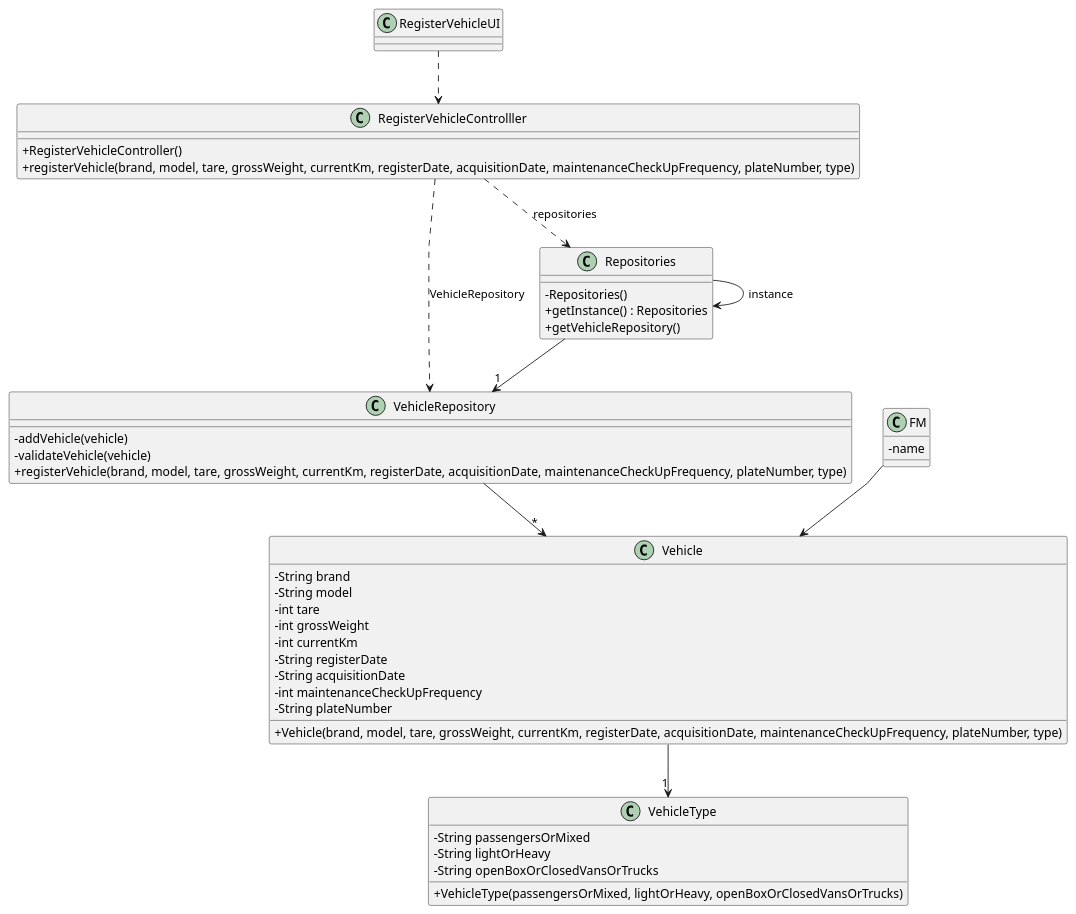
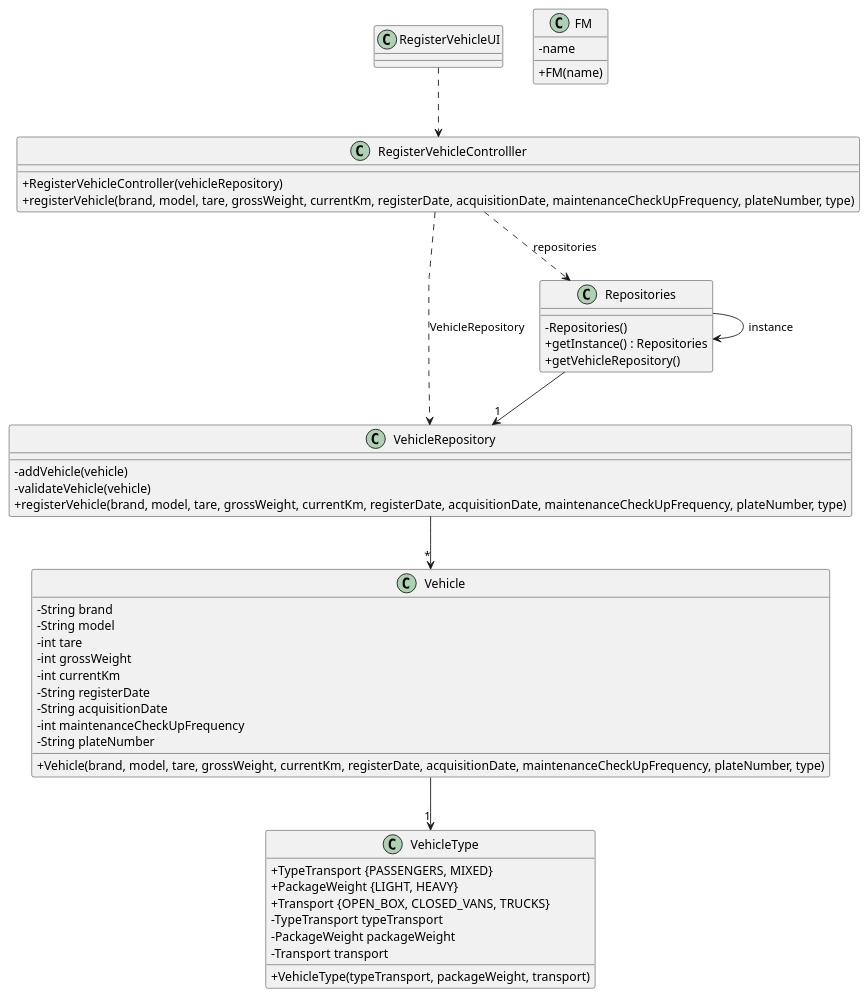
The diagram in docs/sprintA&B/us006/03.design/puml/us006-class-diagram.puml (daniel41silva05/ISEP_2023_2024_LAPR2), drawn with PlantUML before and after one commit. The commit also changed 2 other files, not shown here.

Commit message:
ED-20: US6 - corrections in coherence between sequence diagram, class diagram and implementation

```diff
--- a/docs/sprintA&B/us006/03.design/puml/us006-class-diagram.puml
+++ b/docs/sprintA&B/us006/03.design/puml/us006-class-diagram.puml
@@ -1,67 +1,70 @@
 @startuml
 'skinparam monochrome true
 skinparam packageStyle rectangle
 skinparam shadowing false
 skinparam linetype polyline
 'skinparam linetype orto
 
 skinparam classAttributeIconSize 0
 
 'left to right direction
 
 class RegisterVehicleUI {
 
 }
 
 class RegisterVehicleControlller {
-    +RegisterVehicleController()
+    +RegisterVehicleController(vehicleRepository)
     +registerVehicle(brand, model, tare, grossWeight, currentKm, registerDate, acquisitionDate, maintenanceCheckUpFrequency, plateNumber, type)
 }
 
 class VehicleRepository {
     -addVehicle(vehicle)
     -validateVehicle(vehicle)
     +registerVehicle(brand, model, tare, grossWeight, currentKm, registerDate, acquisitionDate, maintenanceCheckUpFrequency, plateNumber, type)
 }
 
 class Vehicle {
     -String brand
     -String model
     -int tare
     -int grossWeight
     -int currentKm
     -String registerDate
     -String acquisitionDate
     -int maintenanceCheckUpFrequency
     -String plateNumber
     +Vehicle(brand, model, tare, grossWeight, currentKm, registerDate, acquisitionDate, maintenanceCheckUpFrequency, plateNumber, type)
 
 }
 
 class VehicleType {
-    -String passengersOrMixed
-    -String lightOrHeavy
-    -String openBoxOrClosedVansOrTrucks
-    +VehicleType(passengersOrMixed, lightOrHeavy, openBoxOrClosedVansOrTrucks)
+    +TypeTransport {PASSENGERS, MIXED}
+    +PackageWeight {LIGHT, HEAVY}
+    +Transport {OPEN_BOX, CLOSED_VANS, TRUCKS}
+    -TypeTransport typeTransport
+    -PackageWeight packageWeight
+    -Transport transport
+    +VehicleType(typeTransport, packageWeight, transport)
 }
 
 class FM {
     - name
+    + FM(name)
 }
 
 class Repositories {
     - Repositories()
     + getInstance() : Repositories
     + getVehicleRepository()
 }
 
 RegisterVehicleUI ..> RegisterVehicleControlller
 RegisterVehicleControlller ..> Repositories: repositories
 RegisterVehicleControlller ..> VehicleRepository: VehicleRepository
 Repositories --> Repositories: instance
 Repositories --> "1" VehicleRepository
 VehicleRepository --> "*" Vehicle
 Vehicle --> "1" VehicleType
-FM --> Vehicle
 
 @enduml
```
